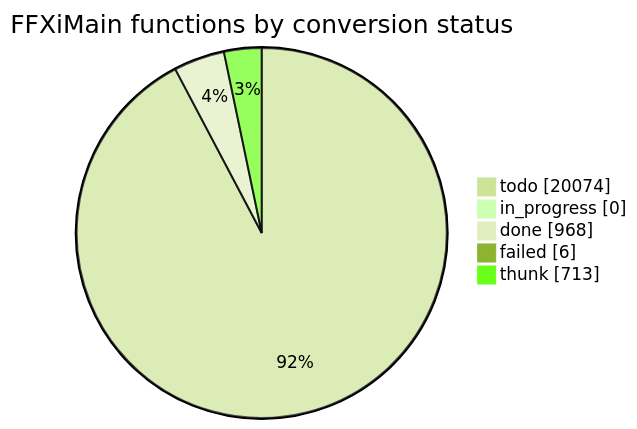
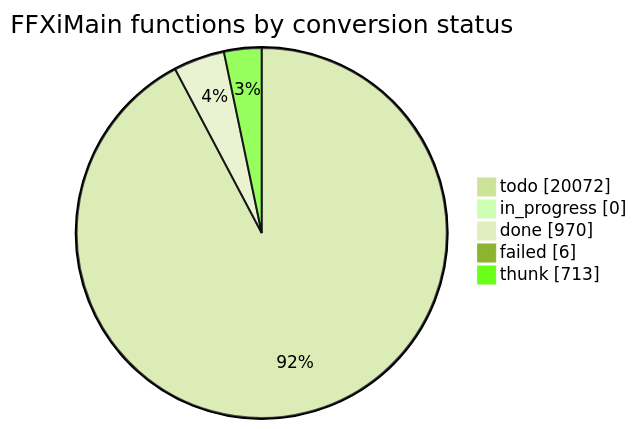
Before and after one commit to cowrevenge/cow_kuluu_xi_anything: the diagram in docs/cow/STATUS.md, drawn with Mermaid (forest theme). The commit also changed other lines of this file and 16 other files, not shown here.

````diff
--- a/docs/cow/STATUS.md
+++ b/docs/cow/STATUS.md
@@ -18,9 +18,9 @@
 ```mermaid
 pie showData
     title FFXiMain functions by conversion status
-    "todo" : 20074
+    "todo" : 20072
     "in_progress" : 0
-    "done" : 968
+    "done" : 970
     "failed" : 6
     "thunk" : 713
 ```
````
